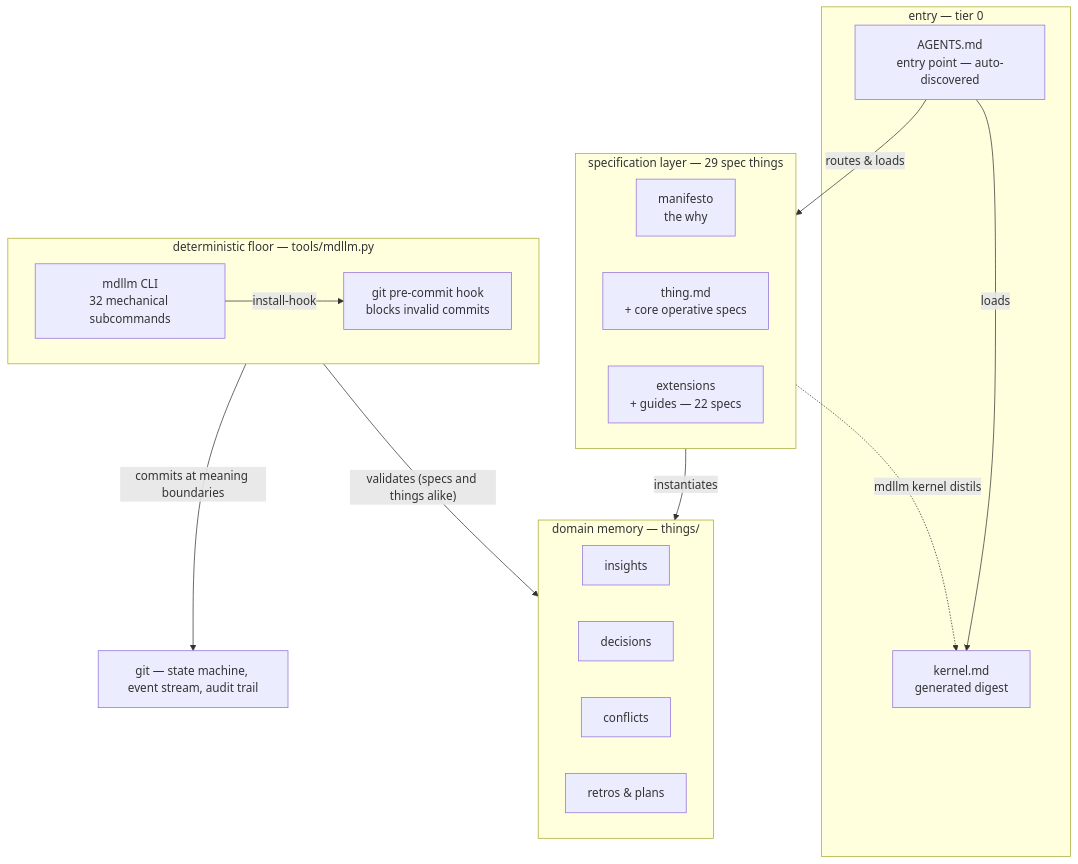
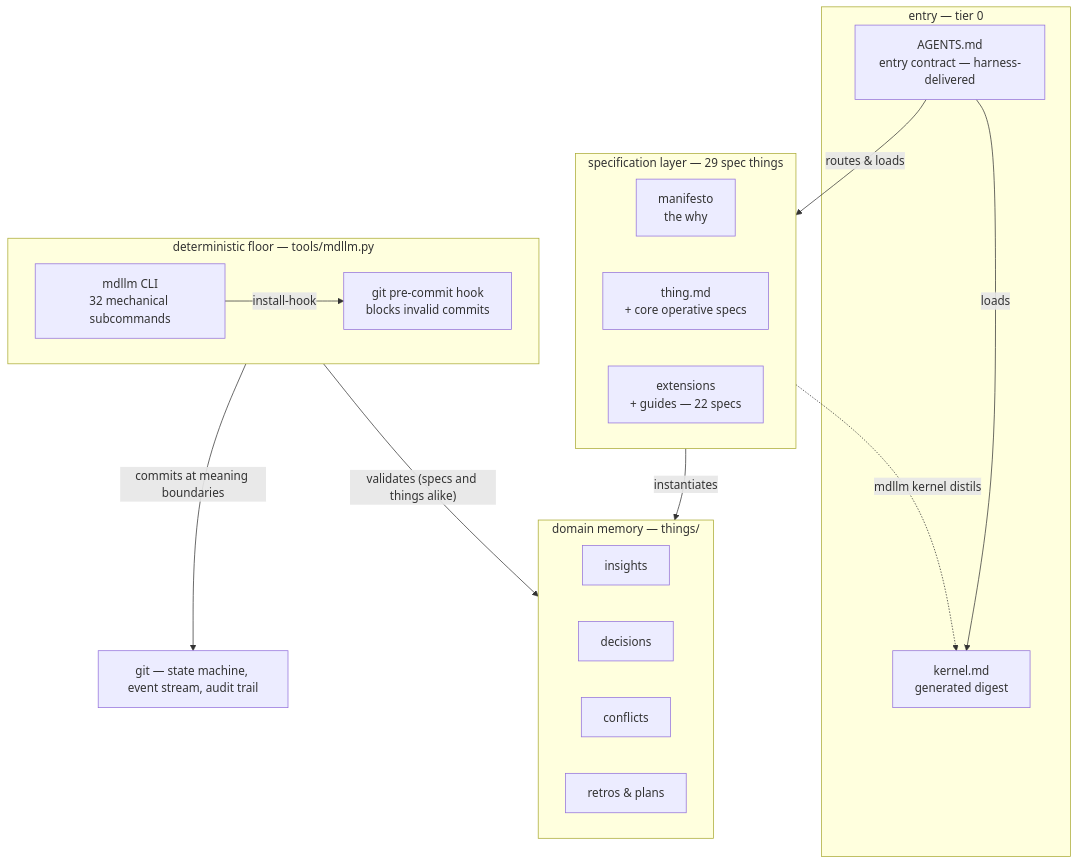
The first of 5 diagrams in docs/framework-map.md (JanoshMoshiri/MarkdownLLM), drawn with Mermaid before and after one commit. The commit also changed other lines of this file and 27 other files, not shown here.

````diff
--- a/docs/framework-map.md
+++ b/docs/framework-map.md
@@ -54,48 +54,48 @@
 ```mermaid
 flowchart TD
     accTitle: View 1 - the five bands of the framework, read top-down as a session's life
     accDescr {
         Five stacked bands. The entry band, tier 0, holds AGENTS.md as the
-        auto-discovered entry point and kernel.md as a generated digest. Below
+        harness-delivered entry contract and kernel.md as a generated digest. Below
         it the specification layer holds 29 spec things: the manifesto for the
         why, thing.md with the core operative specs, and 22 extension and guide
         specs. Below that, domain memory in the things directory holds insights,
         decisions, conflicts, retrospectives and plans. Below that, the
         deterministic floor is tools/mdllm.py, providing the mdllm CLI with 32
         mechanical subcommands and a git pre-commit hook that blocks invalid
         commits. At the base, git is the state machine, event stream and audit
         trail. The edges run as follows. AGENTS.md loads the kernel and routes
         to the specs. The specs distil back up into the kernel via mdllm
         kernel, which is why that one edge points upward. The specs instantiate
         domain memory. The CLI installs the hook. The floor validates memory,
         specs and things alike, and commits at meaning boundaries into git.
     }
     subgraph entry ["entry — tier 0"]
-        AGENTS["AGENTS.md<br/>entry point — auto-discovered"]
+        AGENTS["AGENTS.md<br/>entry contract — harness-delivered"]
         KERNEL["kernel.md<br/>generated digest"]
     end
     subgraph specs ["specification layer — 29 spec things"]
         MANIFESTO["manifesto<br/>the why"]
         THING["thing.md<br/>+ core operative specs"]
         EXT["extensions<br/>+ guides — 22 specs"]
     end
     subgraph memory ["domain memory — things/"]
         INSIGHTS["insights"]
         DECISIONS["decisions"]
         CONFLICTS["conflicts"]
         RETROS["retros & plans"]
     end
     subgraph floor ["deterministic floor — tools/mdllm.py"]
         MDLLM["mdllm CLI<br/>32 mechanical subcommands"]
         HOOK["git pre-commit hook<br/>blocks invalid commits"]
     end
     GIT["git — state machine, event stream, audit trail"]
 
     AGENTS -->|loads| KERNEL
     AGENTS -->|routes & loads| specs
     specs -.->|"mdllm kernel distils"| KERNEL
     specs -->|instantiates| memory
     MDLLM -->|install-hook| HOOK
     floor -->|"validates (specs and things alike)"| memory
     floor -->|commits at meaning boundaries| GIT
 ```
````
